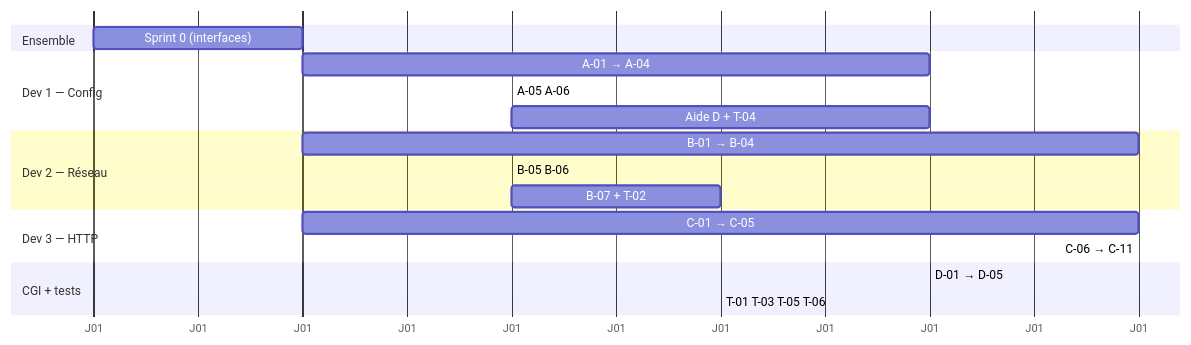
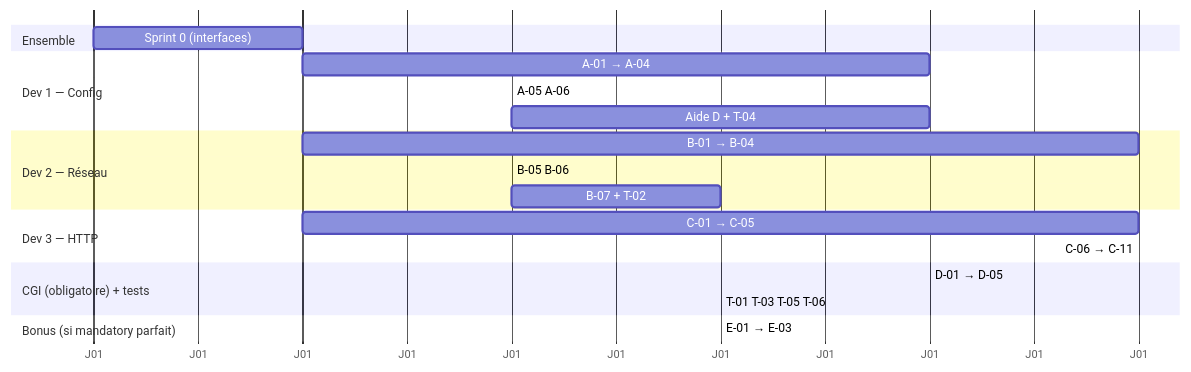
Before and after one commit to FiTcHeRs71/WebServ: the second of 2 diagrams in docs/webserv-backlog.md, drawn with Mermaid. The commit also changed other lines of this file and 1 other file, not shown here.

First line of the commit message:
Corrige le classement CGI (obligatoire) + ajoute le Module E (bonus)

````diff
--- a/docs/webserv-backlog.md
+++ b/docs/webserv-backlog.md
@@ -132,21 +144,23 @@
 ```mermaid
 gantt
     dateFormat X
     axisFormat J%d
     section Ensemble
     Sprint 0 (interfaces)      :s0, 0, 1
     section Dev 1 — Config
     A-01 → A-04                :a1, after s0, 4
     A-05 A-06                  :a2, after a1, 2
     Aide D + T-04              :a3, after a2, 4
     section Dev 2 — Réseau
     B-01 → B-04                :b1, after s0, 5
     B-05 B-06                  :b2, after b1, 2
     B-07 + T-02                :b3, after b2, 3
     section Dev 3 — HTTP
     C-01 → C-05                :c1, after s0, 5
     C-06 → C-11                :c2, after c1, 5
-    section CGI + tests
+    section CGI (obligatoire) + tests
     D-01 → D-05                :d1, after c2, 4
     T-01 T-03 T-05 T-06        :t1, after d1, 3
+    section Bonus (si mandatory parfait)
+    E-01 → E-03                :e1, after t1, 3
 ```
````
